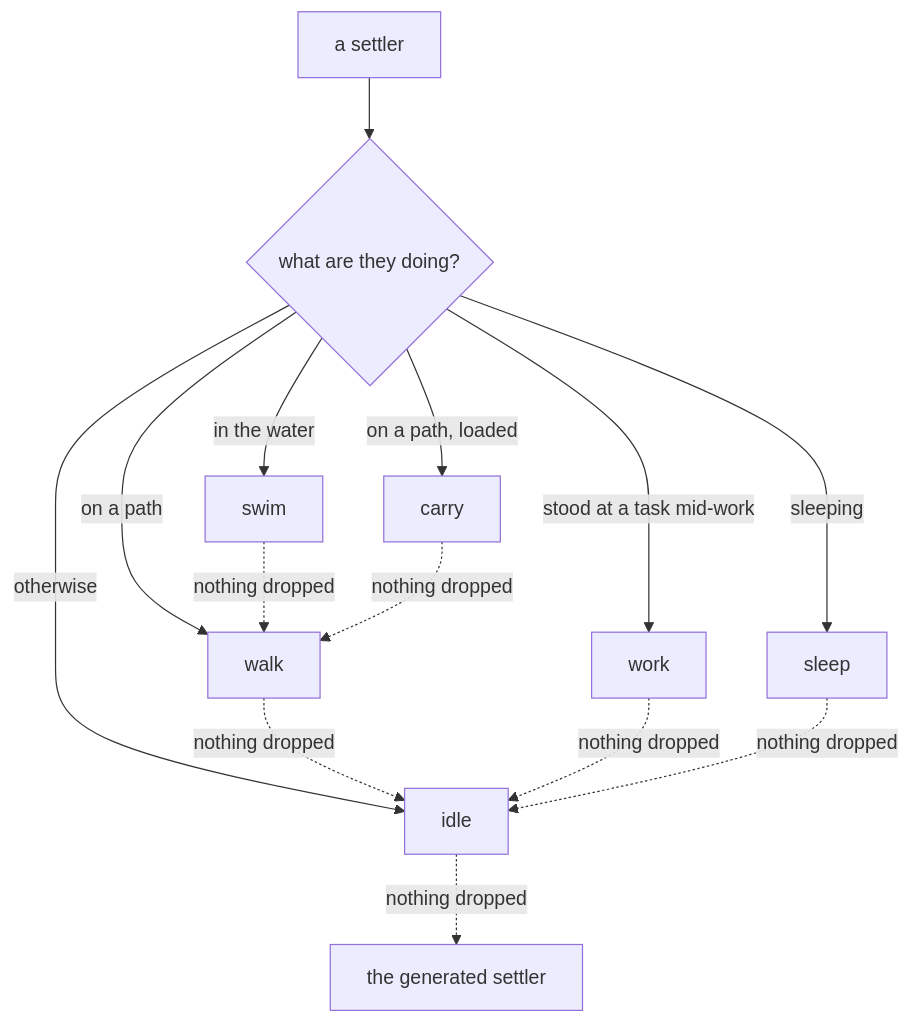
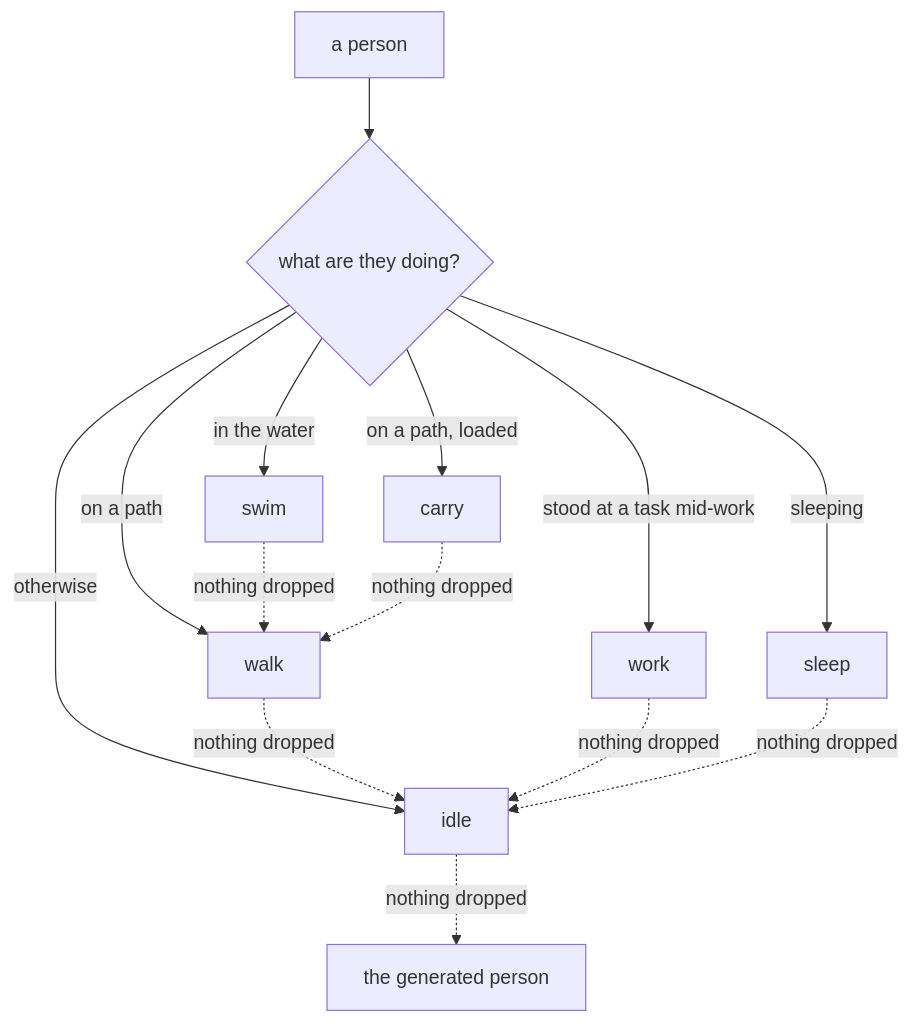
Before and after one commit to tmpk13/grow: diagram 43 of 47 in ARCHITECTURE.md, drawn with Mermaid. The commit also changed other lines of this file and 58 other files, not shown here.

First line of the commit message:
They are people, not settlers

````diff
--- a/ARCHITECTURE.md
+++ b/ARCHITECTURE.md
@@ -1710,16 +1710,16 @@
 ```mermaid
 flowchart TD
-  p["a settler"] --> m{"what are they doing?"}
+  p["a person"] --> m{"what are they doing?"}
   m -->|sleeping| sl["sleep"]
   m -->|in the water| sw["swim"]
   m -->|on a path, loaded| ca["carry"]
   m -->|on a path| wa["walk"]
   m -->|stood at a task mid-work| wo["work"]
   m -->|otherwise| id["idle"]
   sw -.->|nothing dropped| wa
   ca -.->|nothing dropped| wa
   wa -.->|nothing dropped| id
   wo -.->|nothing dropped| id
   sl -.->|nothing dropped| id
-  id -.->|nothing dropped| gen["the generated settler"]
+  id -.->|nothing dropped| gen["the generated person"]
 ```
````
